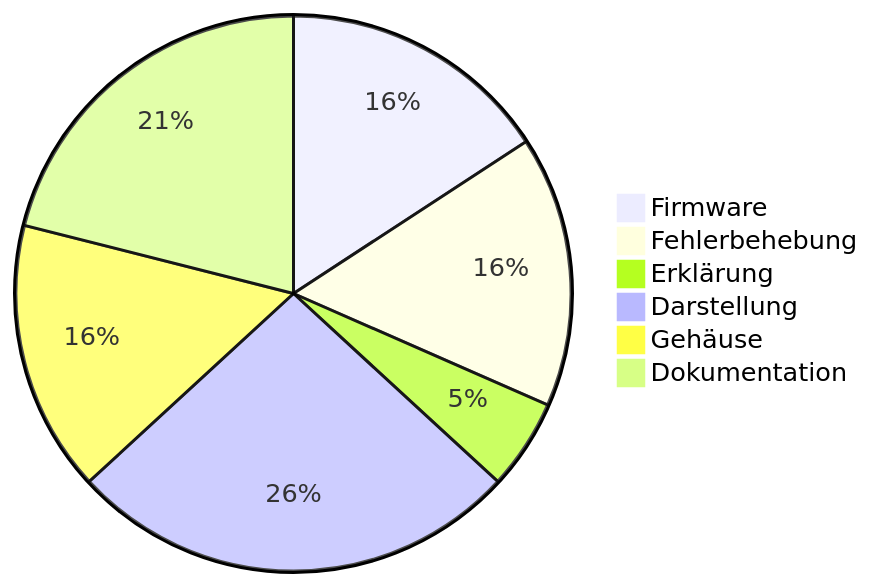
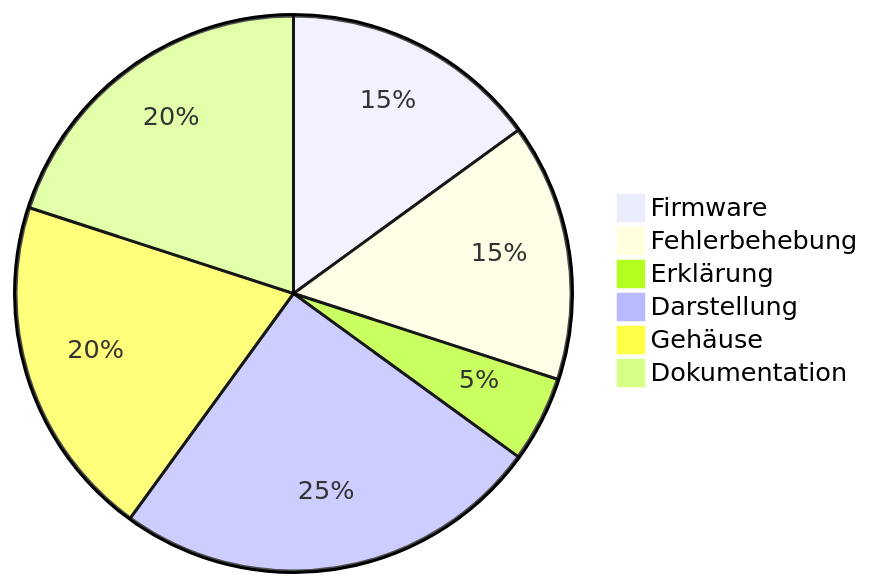
One commit to BBZ-AIFS51/LF7-Projekt_GAS changed the third of 3 diagrams in wiki/Entwicklungsverlauf.md. Above: the diagram before and after it, drawn with Mermaid. The commit also changed other lines of this file and 26 other files, not shown here.

````diff
--- a/wiki/Entwicklungsverlauf.md
+++ b/wiki/Entwicklungsverlauf.md
@@ -126,9 +130,9 @@
 ```mermaid
 pie
     "Firmware" : 3
     "Fehlerbehebung" : 3
     "Erklärung" : 1
     "Darstellung" : 5
-    "Gehäuse" : 3
+    "Gehäuse" : 4
     "Dokumentation" : 4
 ```
````
